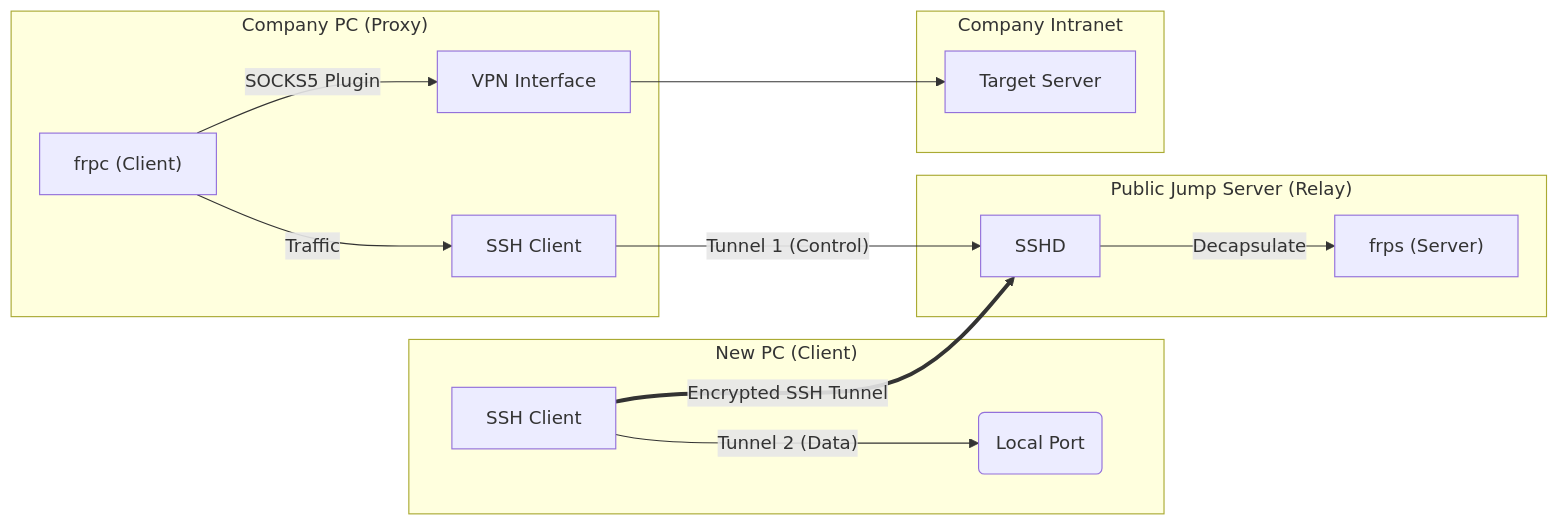
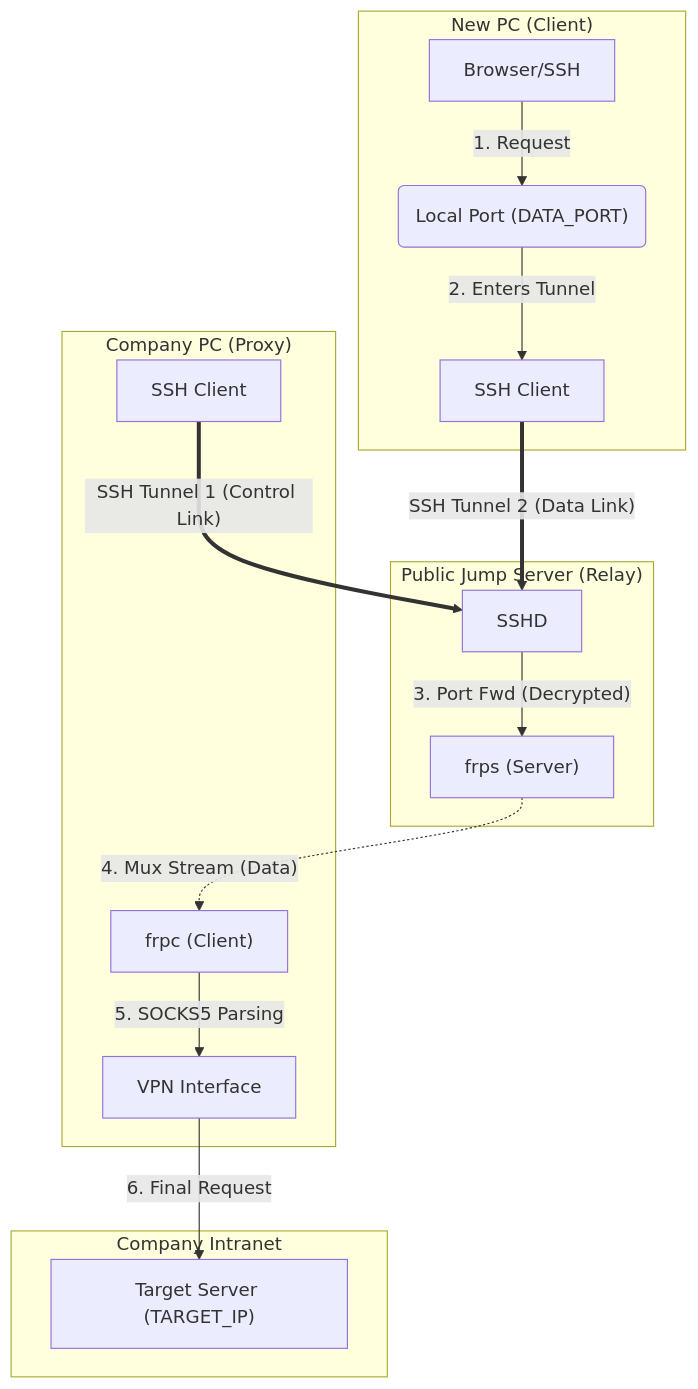
The diagram in content/post/2026-01-20-frpssh.md (LHaiC/fishblog), drawn with Mermaid before and after one commit. The commit also changed other lines of this file and 8 other files, not shown here.

First line of the commit message:
feat: add mermaid support and update posts

````diff
--- a/content/post/2026-01-20-frpssh.md
+++ b/content/post/2026-01-20-frpssh.md
@@ -63,24 +63,29 @@
 ```mermaid
-graph LR
+graph TB
     subgraph "New PC (Client)"
-        A[SSH Client] --"Tunnel 2 (Data)"--> B(Local Port <DATA_PORT>)
+        UserApp[Browser/SSH] --"1. Request"--> B("Local Port (DATA_PORT)")
+        B --"2. Enters Tunnel"--> A[SSH Client]
     end
 
     subgraph "Public Jump Server (Relay)"
         C[SSHD] 
         D["frps (Server)"]
-        C --"Decapsulate"--> D
+        
+        C --"3. Port Fwd (Decrypted)"--> D
     end
 
     subgraph "Company PC (Proxy)"
-        E[SSH Client] --"Tunnel 1 (Control)"--> C
-        F["frpc (Client)"] --"SOCKS5 Plugin"--> G[VPN Interface]
-        F --"Traffic"--> E
+        E[SSH Client] 
+        F["frpc (Client)"] --"5. SOCKS5 Parsing"--> G[VPN Interface]
     end
 
     subgraph "Company Intranet"
-        G --> H[Target Server <TARGET_IP>]
+        G --"6. Final Request"--> H["Target Server (TARGET_IP)"]
     end
 
-    A == "Encrypted SSH Tunnel" ==> C
+    A == "SSH Tunnel 2 (Data Link)" ==> C
+    
+    E == "SSH Tunnel 1 (Control Link)" ==> C
+    
+    D -.-> |"4. Mux Stream (Data)"| F
 ```
````
